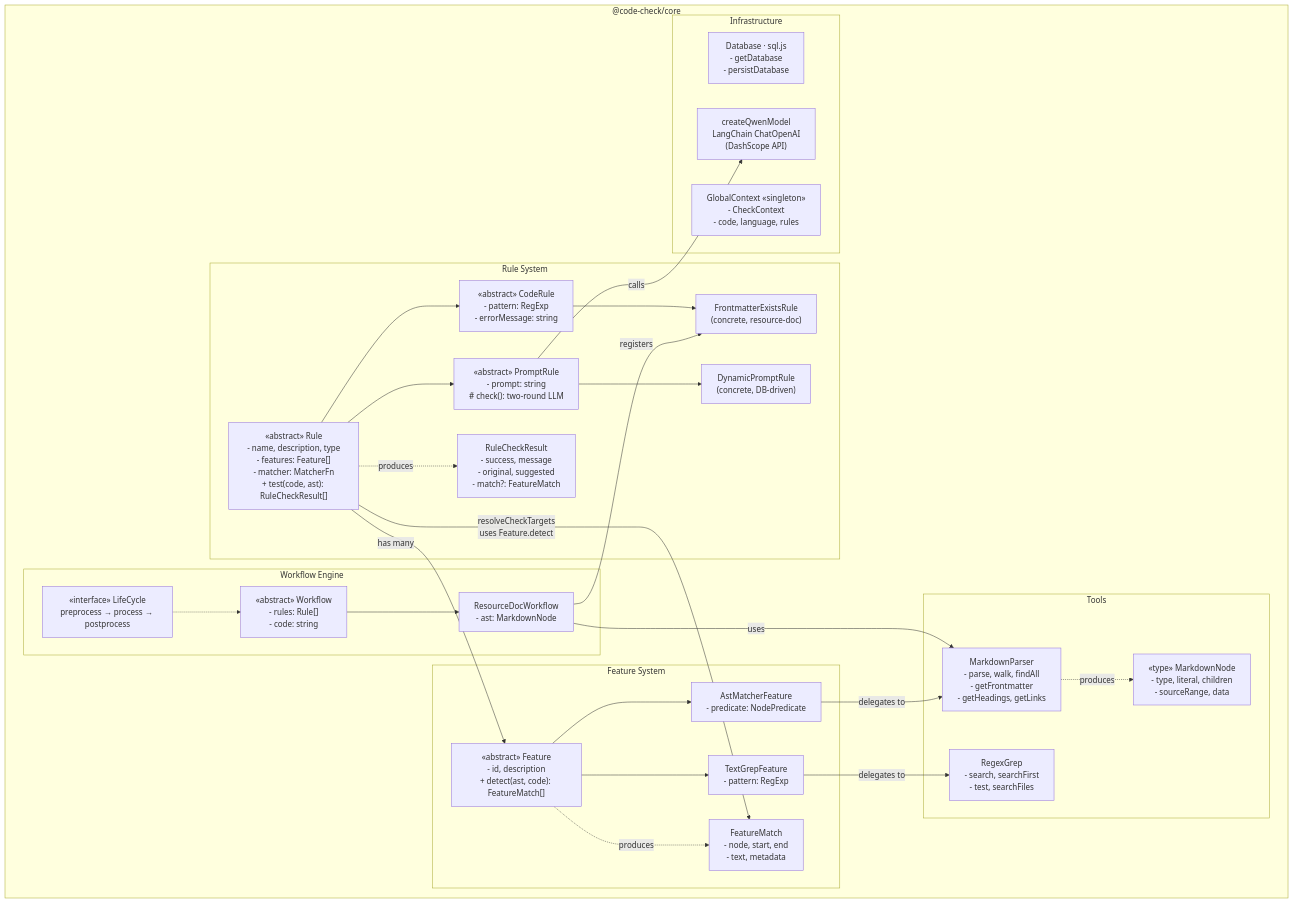
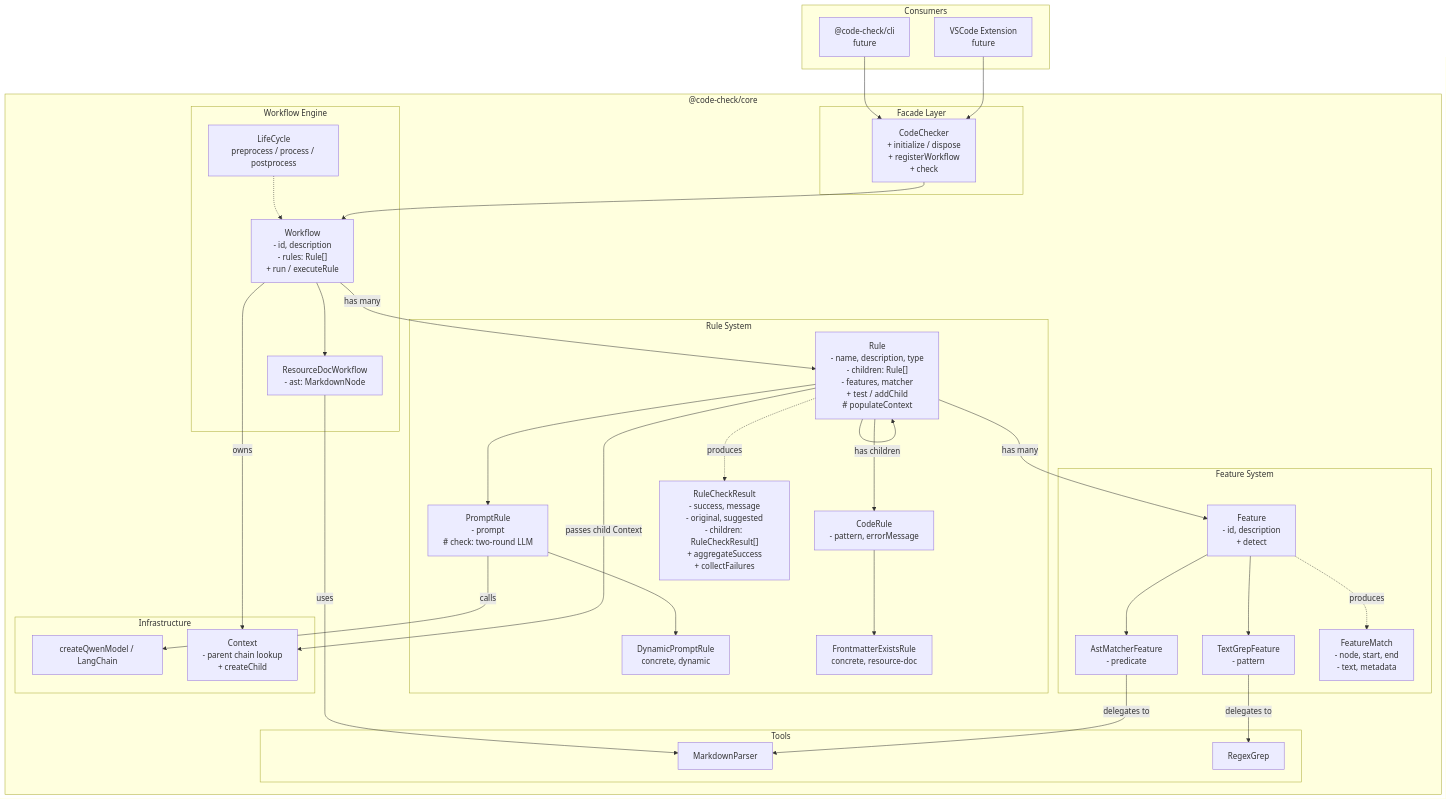
Before and after one commit to 946596029/code_check_skill: the diagram in DESIGN.md, drawn with Mermaid. The commit also changed other lines of this file and 106 other files, not shown here.

````diff
--- a/DESIGN.md
+++ b/DESIGN.md
@@ -78,63 +77,73 @@
 ```mermaid
 graph TB
-    subgraph "@code-check/core"
+    subgraph consumers [Consumers]
+        CLI["@code-check/cli\nfuture"]
+        VSCodeExt["VSCode Extension\nfuture"]
+    end
 
-        subgraph "Workflow Engine"
-            LifeCycle["«interface» LifeCycle\npreprocess → process → postprocess"]
-            Workflow["«abstract» Workflow\n- rules: Rule[]\n- code: string"]
-            ResourceDocWorkflow["ResourceDocWorkflow\n- ast: MarkdownNode"]
+    subgraph core ["@code-check/core"]
 
-            LifeCycle -.-> Workflow
-            Workflow --> ResourceDocWorkflow
+        subgraph facade_layer [Facade Layer]
+            CodeCheckerClass["CodeChecker\n+ initialize / dispose\n+ registerWorkflow\n+ check"]
         end
 
-        subgraph "Rule System"
-            Rule["«abstract» Rule\n- name, description, type\n- features: Feature[]\n- matcher: MatcherFn\n+ test(code, ast): RuleCheckResult[]"]
-            CodeRule["«abstract» CodeRule\n- pattern: RegExp\n- errorMessage: string"]
-            PromptRule["«abstract» PromptRule\n- prompt: string\n# check(): two-round LLM"]
-            DynamicPromptRule["DynamicPromptRule\n(concrete, DB-driven)"]
-            FrontmatterExistsRule["FrontmatterExistsRule\n(concrete, resource-doc)"]
-            RuleCheckResult["RuleCheckResult\n- success, message\n- original, suggested\n- match?: FeatureMatch"]
+        subgraph workflow_engine [Workflow Engine]
+            LifeCycle["LifeCycle\npreprocess / process / postprocess"]
+            WorkflowClass["Workflow\n- id, description\n- rules: Rule[]\n+ run / executeRule"]
+            ResourceDocWF["ResourceDocWorkflow\n- ast: MarkdownNode"]
 
-            Rule --> CodeRule
-            Rule --> PromptRule
-            CodeRule --> FrontmatterExistsRule
-            PromptRule --> DynamicPromptRule
-            Rule -.->|produces| RuleCheckResult
+            LifeCycle -.-> WorkflowClass
+            WorkflowClass --> ResourceDocWF
         end
 
-        subgraph "Feature System"
-            Feature["«abstract» Feature\n- id, description\n+ detect(ast, code): FeatureMatch[]"]
-            AstMatcherFeature["AstMatcherFeature\n- predicate: NodePredicate"]
-            TextGrepFeature["TextGrepFeature\n- pattern: RegExp"]
-            FeatureMatch["FeatureMatch\n- node, start, end\n- text, metadata"]
+        subgraph rule_system [Rule System]
+            RuleClass["Rule\n- name, description, type\n- children: Rule[]\n- features, matcher\n+ test / addChild\n# populateContext"]
+            CodeRuleClass["CodeRule\n- pattern, errorMessage"]
+            PromptRuleClass["PromptRule\n- prompt\n# check: two-round LLM"]
+            DynamicPromptRuleClass["DynamicPromptRule\nconcrete, dynamic"]
+            FrontmatterExistsRuleClass["FrontmatterExistsRule\nconcrete, resource-doc"]
+            RuleCheckResultClass["RuleCheckResult\n- success, message\n- original, suggested\n- children: RuleCheckResult[]\n+ aggregateSuccess\n+ collectFailures"]
 
-            Feature --> AstMatcherFeature
-            Feature --> TextGrepFeature
-            Feature -.->|produces| FeatureMatch
+            RuleClass --> CodeRuleClass
+            RuleClass --> PromptRuleClass
+            CodeRuleClass --> FrontmatterExistsRuleClass
+            PromptRuleClass --> DynamicPromptRuleClass
+            RuleClass -.->|produces| RuleCheckResultClass
+            RuleClass -->|has children| RuleClass
         end
 
-        subgraph "Tools"
-            MarkdownParser["MarkdownParser\n- parse, walk, findAll\n- getFrontmatter\n- getHeadings, getLinks"]
-            RegexGrep["RegexGrep\n- search, searchFirst\n- test, searchFiles"]
-            MarkdownNode["«type» MarkdownNode\n- type, literal, children\n- sourceRange, data"]
+        subgraph feature_system [Feature System]
+            FeatureClass["Feature\n- id, description\n+ detect"]
+            AstMatcherFeatureClass["AstMatcherFeature\n- predicate"]
+            TextGrepFeatureClass["TextGrepFeature\n- pattern"]
+            FeatureMatchClass["FeatureMatch\n- node, start, end\n- text, metadata"]
 
-            MarkdownParser -.->|produces| MarkdownNode
+            FeatureClass --> AstMatcherFeatureClass
+            FeatureClass --> TextGrepFeatureClass
+            FeatureClass -.->|produces| FeatureMatchClass
         end
 
-        subgraph "Infrastructure"
-            Database["Database · sql.js\n- getDatabase\n- persistDatabase"]
-            LLM["createQwenModel\nLangChain ChatOpenAI\n(DashScope API)"]
-            Context["GlobalContext «singleton»\n- CheckContext\n- code, language, rules"]
+        subgraph tools_layer [Tools]
+            MarkdownParserClass["MarkdownParser"]
+            RegexGrepClass["RegexGrep"]
         end
 
+        subgraph infra [Infrastructure]
+            LLMClass["createQwenModel / LangChain"]
+            ContextClass["Context\n- parent chain lookup\n+ createChild"]
+        end
+
+        CodeCheckerClass --> WorkflowClass
+        WorkflowClass -->|has many| RuleClass
+        WorkflowClass -->|owns| ContextClass
+        RuleClass -->|has many| FeatureClass
+        RuleClass -->|passes child Context| ContextClass
+        ResourceDocWF -->|uses| MarkdownParserClass
+        AstMatcherFeatureClass -->|delegates to| MarkdownParserClass
+        TextGrepFeatureClass -->|delegates to| RegexGrepClass
+        PromptRuleClass -->|calls| LLMClass
     end
 
-    Rule -->|has many| Feature
-    Rule -->|resolveCheckTargets\nuses Feature.detect| FeatureMatch
-    ResourceDocWorkflow -->|uses| MarkdownParser
-    ResourceDocWorkflow -->|registers| FrontmatterExistsRule
-    AstMatcherFeature -->|delegates to| MarkdownParser
-    TextGrepFeature -->|delegates to| RegexGrep
-    PromptRule -->|calls| LLM
+    CLI --> CodeCheckerClass
+    VSCodeExt --> CodeCheckerClass
 ```
````
